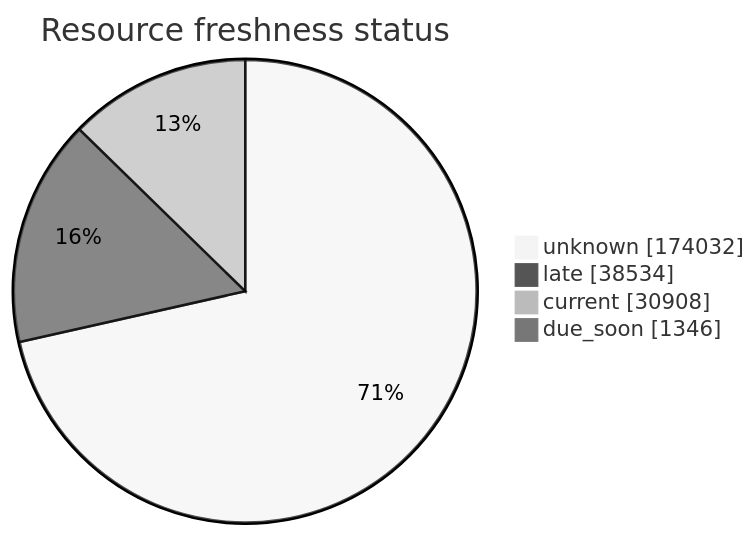
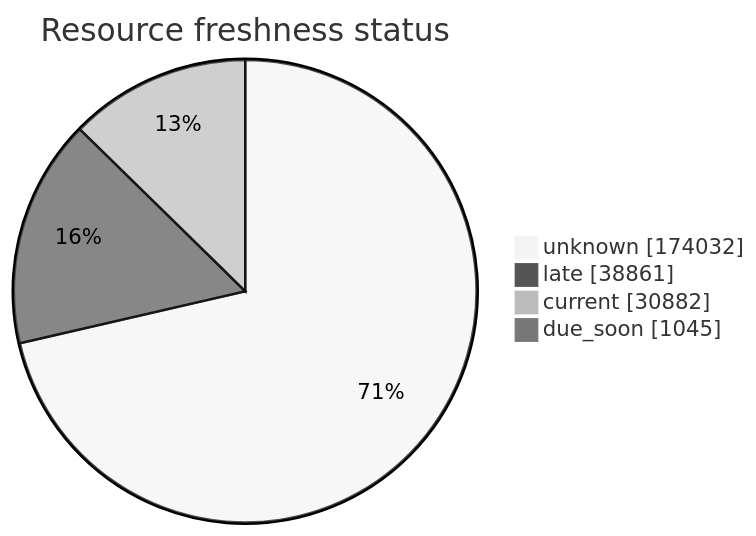
One commit to open-data/analytics-corporate-reporting changed the third of 5 diagrams in FreshCheck/README.md. Above: the diagram before and after it, drawn with Mermaid (neutral theme). The commit also changed other lines of this file and 3 other files, not shown here.

````diff
--- a/FreshCheck/README.md
+++ b/FreshCheck/README.md
@@ -77,7 +77,7 @@
 ```mermaid
 pie showData title Resource freshness status
     "unknown": 174032
-    "late": 38534
-    "current": 30908
-    "due_soon": 1346
+    "late": 38861
+    "current": 30882
+    "due_soon": 1045
 ```
````
